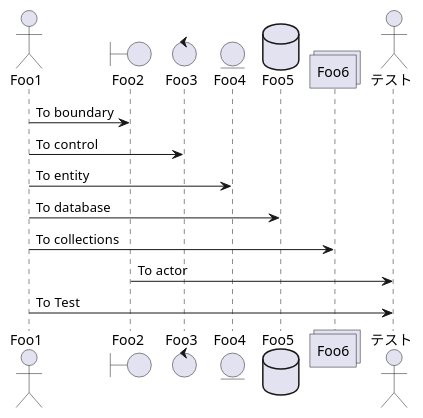
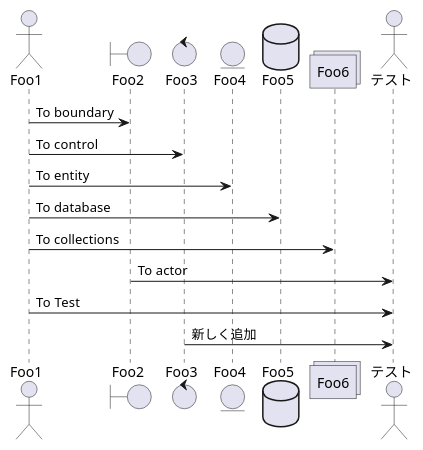
Before and after one commit to yoshida-m-3/generate-plantuml: the diagram in docs/test.puml, drawn with PlantUML.

```diff
--- a/docs/test.puml
+++ b/docs/test.puml
@@ -1,16 +1,17 @@
 @startuml
 actor Foo1
 boundary Foo2
 control Foo3
 entity Foo4
 database Foo5
 collections Foo6
 actor テスト
 Foo1 -> Foo2 : To boundary
 Foo1 -> Foo3 : To control
 Foo1 -> Foo4 : To entity
 Foo1 -> Foo5 : To database
 Foo1 -> Foo6 : To collections
 Foo2 -> テスト : To actor
 Foo1 -> テスト : To Test
+Foo3 -> テスト : 新しく追加
 @enduml
```
